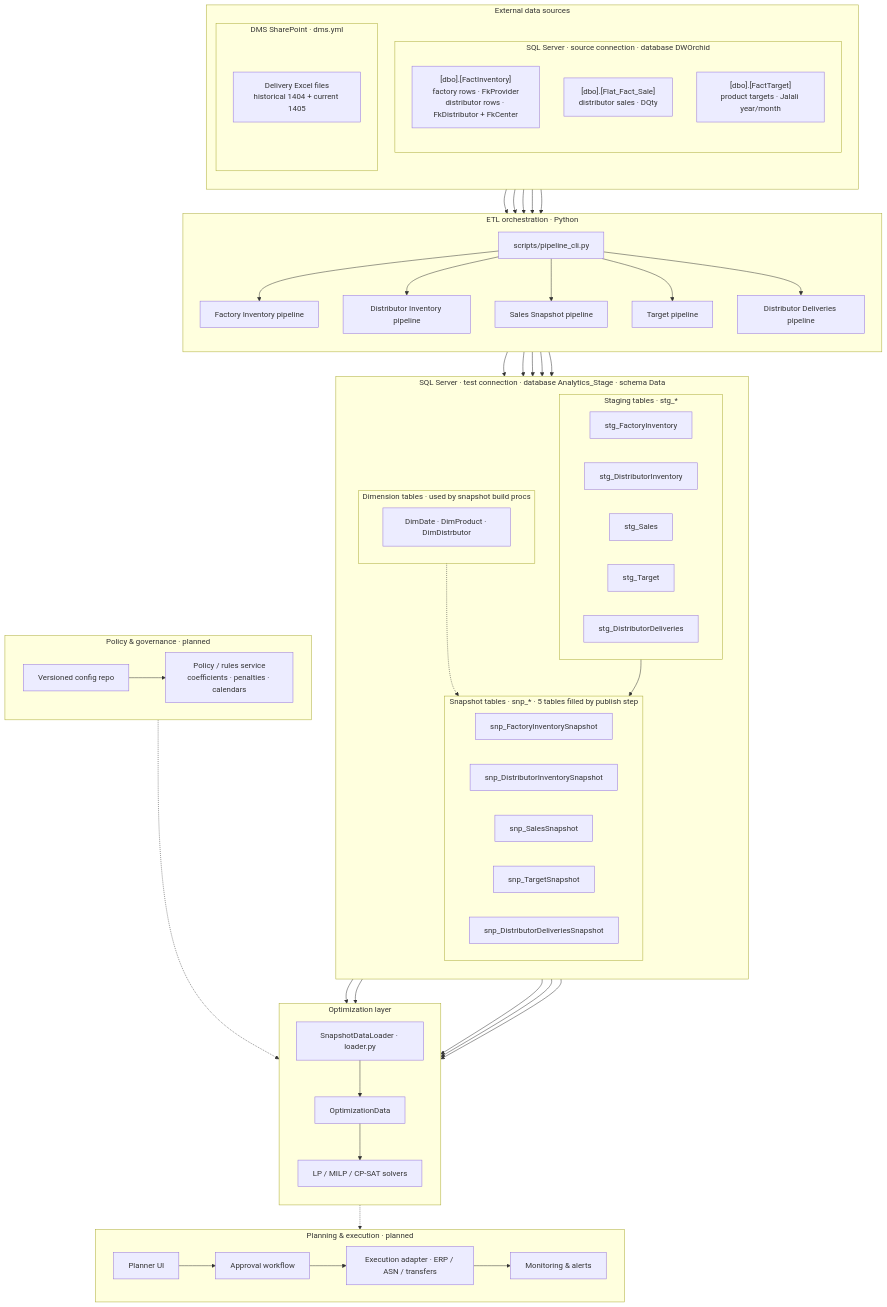
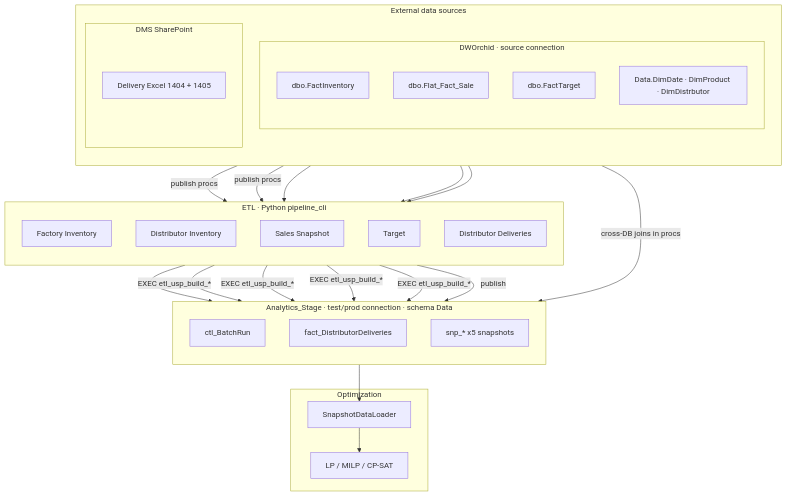
The diagram in SystemDesign.mmd (ki94mach/DistCore), drawn with Mermaid before and after one commit. The commit also changed 36 other files, not shown here.

First line of the commit message:
Refactor SQL migration and ETL procedures for improved clarity and functionality

```diff
--- a/SystemDesign.mmd
+++ b/SystemDesign.mmd
@@ -1,103 +1,51 @@
 graph TB
 
-  %% ── 1. External data sources ──────────────────────────────────────────────
   subgraph Sources["External data sources"]
     direction TB
 
-    subgraph SQLSource["SQL Server · source connection · database DWOrchid"]
+    subgraph DWOrchid["DWOrchid · source connection"]
       direction TB
-      FactInv["[dbo].[FactInventory]<br>factory rows · FkProvider<br>distributor rows · FkDistributor + FkCenter"]
-      FlatSale["[dbo].[Flat_Fact_Sale]<br>distributor sales · DQty"]
-      FactTarget["[dbo].[FactTarget]<br>product targets · Jalali year/month"]
+      FactInv["dbo.FactInventory"]
+      FlatSale["dbo.Flat_Fact_Sale"]
+      FactTarget["dbo.FactTarget"]
+      dims["Data.DimDate · DimProduct · DimDistrbutor"]
     end
 
-    subgraph DMS["DMS SharePoint · dms.yml"]
-      DelFiles["Delivery Excel files<br>historical 1404 + current 1405"]
+    subgraph DMS["DMS SharePoint"]
+      DelFiles["Delivery Excel 1404 + 1405"]
     end
   end
 
-  %% ── 2. ETL orchestration ────────────────────────────────────────────────────
-  subgraph Orchestrator["ETL orchestration · Python"]
+  subgraph Orchestrator["ETL · Python pipeline_cli"]
     direction TB
-    CLI["scripts/pipeline_cli.py"]
-    P1["Factory Inventory pipeline"]
-    P2["Distributor Inventory pipeline"]
-    P3["Sales Snapshot pipeline"]
-    P4["Target pipeline"]
-    P5["Distributor Deliveries pipeline"]
-    CLI --> P1 & P2 & P3 & P4 & P5
+    P1["Factory Inventory"]
+    P2["Distributor Inventory"]
+    P3["Sales Snapshot"]
+    P4["Target"]
+    P5["Distributor Deliveries"]
   end
 
-  %% ── 3. Analytics_Stage (test connection) ──────────────────────────────────
-  subgraph AnalyticsStage["SQL Server · test connection · database Analytics_Stage · schema Data"]
+  subgraph ProdDB["Analytics_Stage · test/prod connection · schema Data"]
     direction TB
-
-    subgraph Staging["Staging tables · stg_*"]
-      direction LR
-      STG_FI["stg_FactoryInventory"]
-      STG_DI["stg_DistributorInventory"]
-      STG_S["stg_Sales"]
-      STG_T["stg_Target"]
-      STG_DD["stg_DistributorDeliveries"]
-    end
-
-    subgraph Snapshots["Snapshot tables · snp_* · 5 tables filled by publish step"]
-      direction LR
-      SNP_FI["snp_FactoryInventorySnapshot"]
-      SNP_DI["snp_DistributorInventorySnapshot"]
-      SNP_S["snp_SalesSnapshot"]
-      SNP_T["snp_TargetSnapshot"]
-      SNP_DD["snp_DistributorDeliveriesSnapshot"]
-    end
-
-    subgraph Dimensions["Dimension tables · used by snapshot build procs"]
-      DIM["DimDate · DimProduct · DimDistrbutor"]
-    end
-
-    Staging --> Snapshots
-    Dimensions -.-> Snapshots
+    ctl[ctl_BatchRun]
+    factDel[fact_DistributorDeliveries]
+    snp[snp_* x5 snapshots]
   end
 
-  %% ── 4. Optimization layer ─────────────────────────────────────────────────
-  subgraph Optimization["Optimization layer"]
-    direction TB
-    Loader["SnapshotDataLoader · loader.py"]
-    OptData["OptimizationData"]
-    Solvers["LP / MILP / CP-SAT solvers"]
-    Loader --> OptData --> Solvers
+  subgraph Optimization["Optimization"]
+    Loader[SnapshotDataLoader]
+    Solvers[LP / MILP / CP-SAT]
+    Loader --> Solvers
   end
 
-  %% ── 5. Policy & governance (planned) ──────────────────────────────────────
-  subgraph Policy["Policy & governance · planned"]
-    direction LR
-    Config["Versioned config repo"]
-    PolicySvc["Policy / rules service<br>coefficients · penalties · calendars"]
-    Config --> PolicySvc
-  end
-
-  %% ── 6. Planning & execution (planned) ─────────────────────────────────────
-  subgraph Planning["Planning & execution · planned"]
-    direction LR
-    UI["Planner UI"]
-    Approvals["Approval workflow"]
-    Exec["Execution adapter · ERP / ASN / transfers"]
-    Monitor["Monitoring & alerts"]
-    UI --> Approvals --> Exec --> Monitor
-  end
-
-  %% ── Source → pipeline → staging ───────────────────────────────────────────
-  FactInv --> P1 & P2
+  FactInv -->|"publish procs"| P1 & P2
   FlatSale --> P3
   FactTarget --> P4
   DelFiles --> P5
+  P5 --> factDel
 
-  P1 --> STG_FI
-  P2 --> STG_DI
-  P3 --> STG_S
-  P4 --> STG_T
-  P5 --> STG_DD
+  P1 & P2 & P3 & P4 -->|"EXEC etl_usp_build_*"| snp
+  P5 -->|"publish"| snp
+  dims -->|"cross-DB joins in procs"| snp
 
-  SNP_FI & SNP_DI & SNP_S & SNP_T & SNP_DD --> Loader
-
-  PolicySvc -.-> Solvers
-  Solvers -.-> UI
+  snp --> Loader
```
